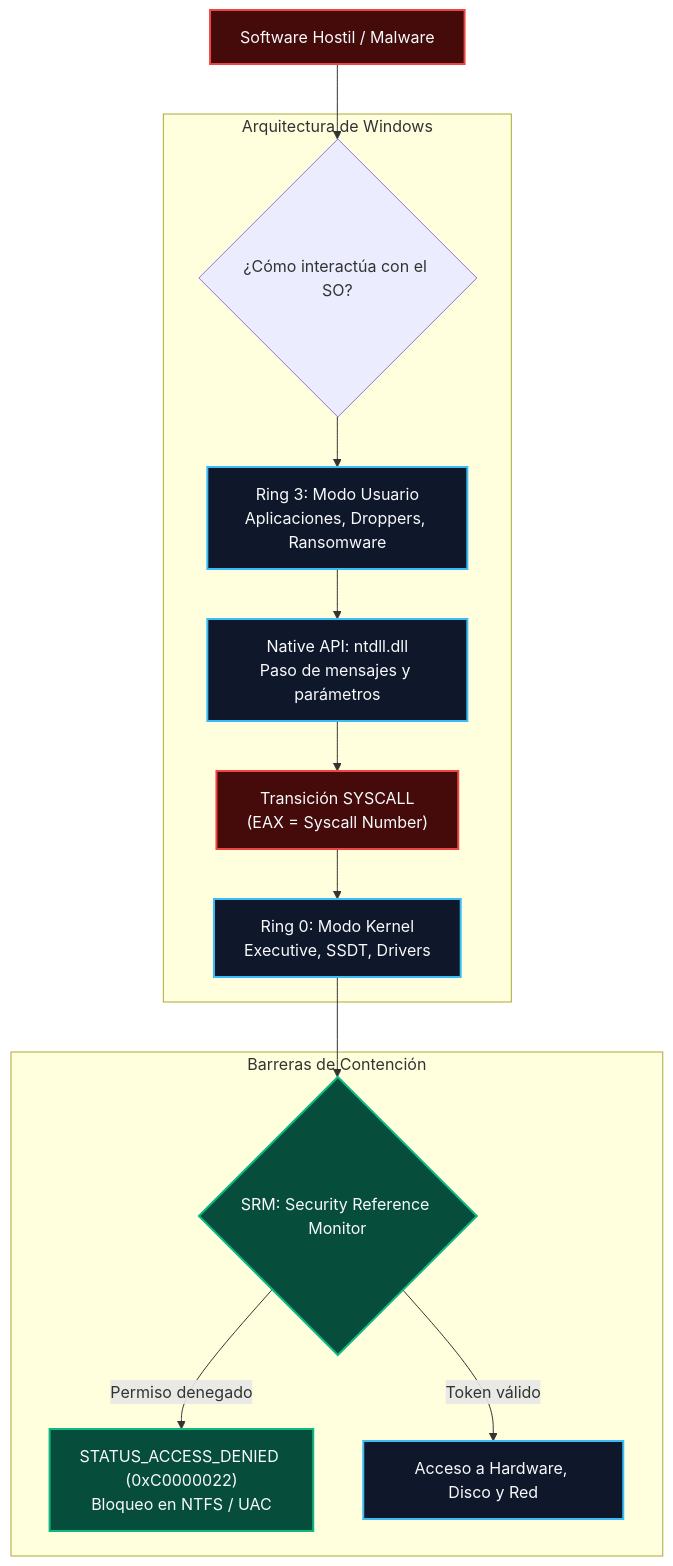
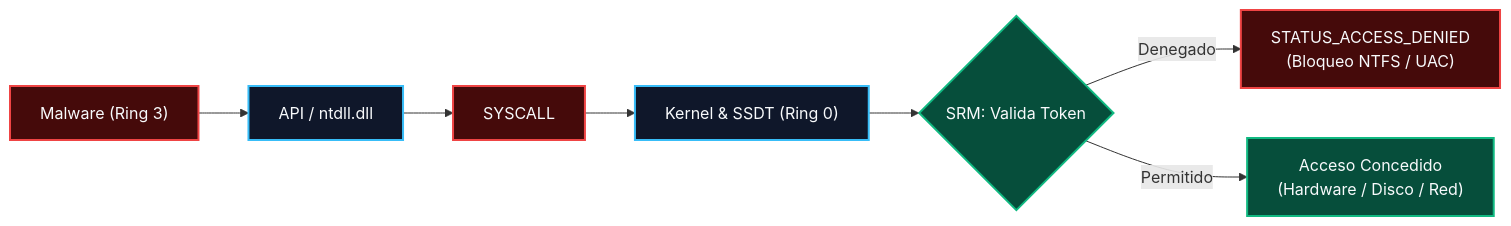
The first of 7 diagrams in malware-analysis/01-arquitectura-windows-directorios-y-permisos/README.md (purpesec/Cybersecurity-For-Beginners), drawn with Mermaid before and after one commit. The commit also changed other lines of this file and 4 other files, not shown here.

Commit message:
style: convertir todos los diagramas verticales TD en diagramas horizontales compactos LR

````diff
--- a/malware-analysis/01-arquitectura-windows-directorios-y-permisos/README.md
+++ b/malware-analysis/01-arquitectura-windows-directorios-y-permisos/README.md
@@ -17,21 +17,13 @@
 ```mermaid
-flowchart TD
+flowchart LR
     classDef vuln fill:#450a0a,stroke:#ef4444,stroke-width:2px,color:#f8fafc;
     classDef arch fill:#0f172a,stroke:#38bdf8,stroke-width:2px,color:#f8fafc;
     classDef sec fill:#064e3b,stroke:#10b981,stroke-width:2px,color:#f8fafc;
 
-    A["Software Hostil / Malware"]:::vuln --> B{"¿Cómo interactúa con el SO?"}
-    
-    subgraph ARCH["Arquitectura de Windows"]
-        B --> C["Ring 3: Modo Usuario\nAplicaciones, Droppers, Ransomware"]:::arch
-        C --> D["Native API: ntdll.dll\nPaso de mensajes y parámetros"]:::arch
-        D --> E["Transición SYSCALL\n(EAX = Syscall Number)"]:::vuln
-        E --> F["Ring 0: Modo Kernel\nExecutive, SSDT, Drivers"]:::arch
-    end
-
-    subgraph DEF["Barreras de Contención"]
-        F --> G{"SRM: Security Reference Monitor"}:::sec
-        G -- "Permiso denegado" --> H["STATUS_ACCESS_DENIED (0xC0000022)\nBloqueo en NTFS / UAC"]:::sec
-        G -- "Token válido" --> I["Acceso a Hardware, Disco y Red"]:::arch
-    end
+    M["Malware (Ring 3)"]:::vuln --> N["API / ntdll.dll"]:::arch
+    N --> S["SYSCALL"]:::vuln
+    S --> K["Kernel & SSDT (Ring 0)"]:::arch
+    K --> SRM{"SRM: Valida Token"}:::sec
+    SRM -- "Denegado" --> BLK["STATUS_ACCESS_DENIED\n(Bloqueo NTFS / UAC)"]:::vuln
+    SRM -- "Permitido" --> OK["Acceso Concedido\n(Hardware / Disco / Red)"]:::sec
 ```
````
